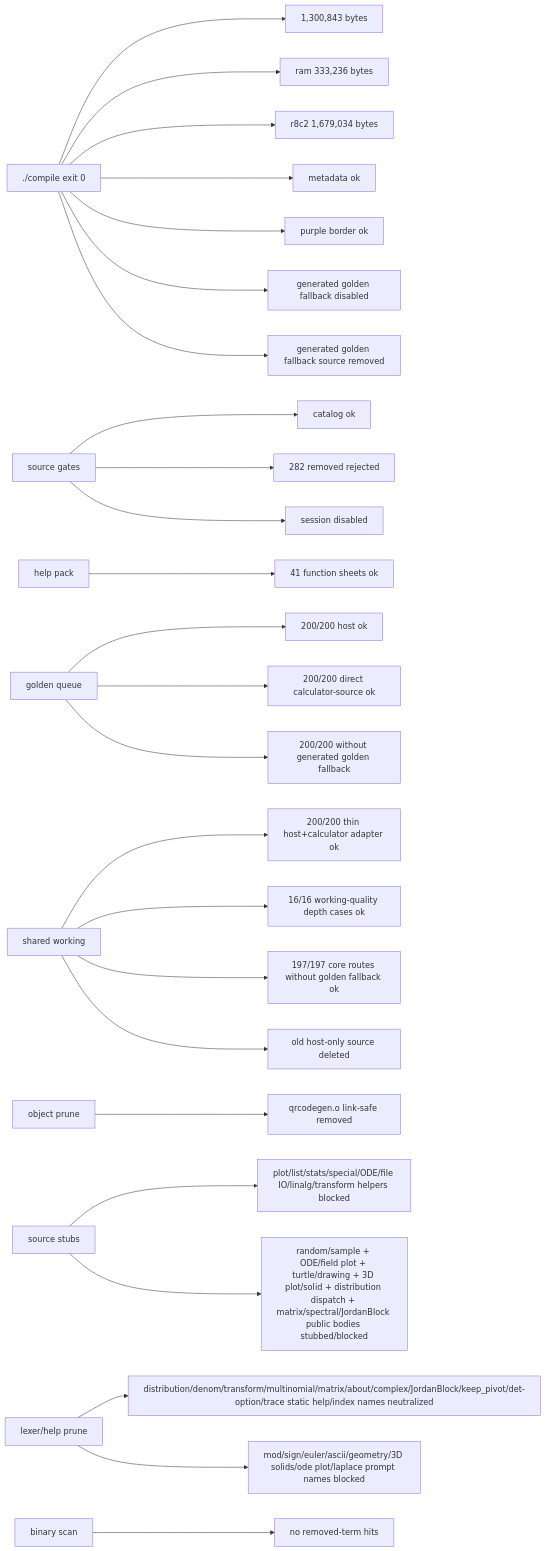
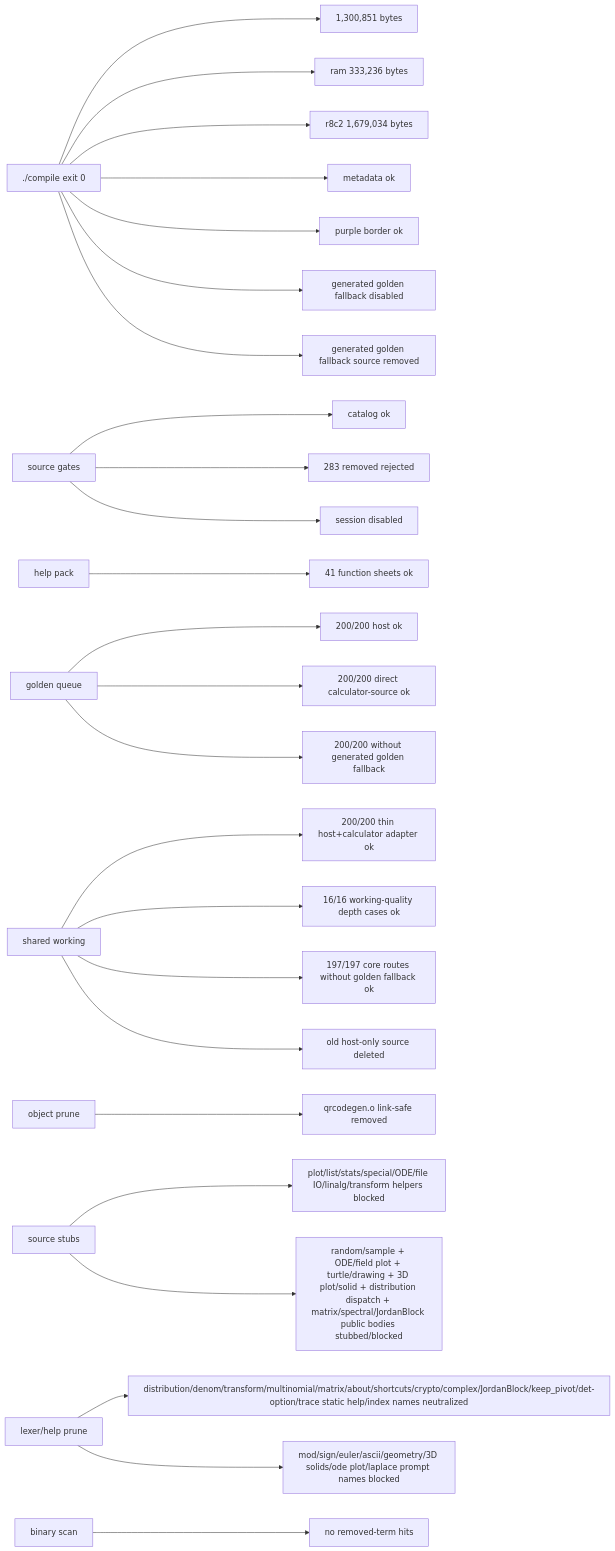
The seventh of 7 diagrams in docs/GRAPH.md (james8464/notes-addin-casio-fx-cg50), drawn with Mermaid before and after one commit. The commit also changed other lines of this file and 5 other files, not shown here.

Commit message:
prune: remove about shortcuts payload

````diff
--- a/docs/GRAPH.md
+++ b/docs/GRAPH.md
@@ -170,27 +170,27 @@
 ```mermaid
 graph LR
-  Build["./compile exit 0"] --> Size["1,300,843 bytes"]
+  Build["./compile exit 0"] --> Size["1,300,851 bytes"]
   Build --> Ram["ram 333,236 bytes"]
   Build --> R8C2["r8c2 1,679,034 bytes"]
   Build --> Meta["metadata ok"]
   Build --> Border["purple border ok"]
   Build --> NoRuntimeFallback["generated golden fallback disabled"]
   Build --> NoRuntimeSource["generated golden fallback source removed"]
   Source["source gates"] --> Catalog["catalog ok"]
-  Source --> Removed["282 removed rejected"]
+  Source --> Removed["283 removed rejected"]
   Source --> Session["session disabled"]
   Help["help pack"] --> HelpQ["41 function sheets ok"]
   Queue["golden queue"] --> QueueRun["200/200 host ok"]
   Queue --> GoldenRun["200/200 direct calculator-source ok"]
   Queue --> NoGolden["200/200 without generated golden fallback"]
   Shared["shared working"] --> SharedRun["200/200 thin host+calculator adapter ok"]
   Shared --> WorkQ["16/16 working-quality depth cases ok"]
   Shared --> CoreRun["197/197 core routes without golden fallback ok"]
   Shared --> NoHostSrc["old host-only source deleted"]
   Obj["object prune"] --> QR["qrcodegen.o link-safe removed"]
   Macro["source stubs"] --> Stubbed["plot/list/stats/special/ODE/file IO/linalg/transform helpers blocked"]
   Macro --> RuntimeStubbed["random/sample + ODE/field plot + turtle/drawing + 3D plot/solid + distribution dispatch + matrix/spectral/JordanBlock public bodies stubbed/blocked"]
-  Static["lexer/help prune"] --> StaticRun["distribution/denom/transform/multinomial/matrix/about/complex/JordanBlock/keep_pivot/det-option/trace static help/index names neutralized"]
+  Static["lexer/help prune"] --> StaticRun["distribution/denom/transform/multinomial/matrix/about/shortcuts/crypto/complex/JordanBlock/keep_pivot/det-option/trace static help/index names neutralized"]
   Static --> PromptRun["mod/sign/euler/ascii/geometry/3D solids/ode plot/laplace prompt names blocked"]
   Bin["binary scan"] --> NoLeak["no removed-term hits"]
 ```
````
